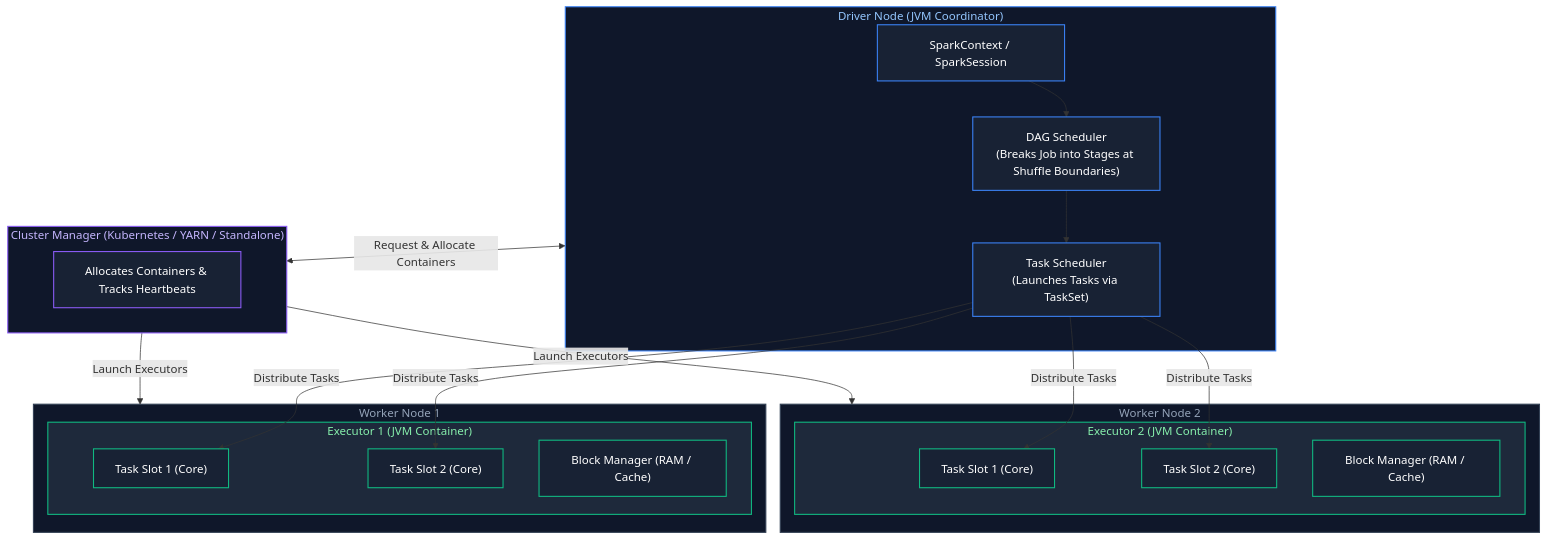
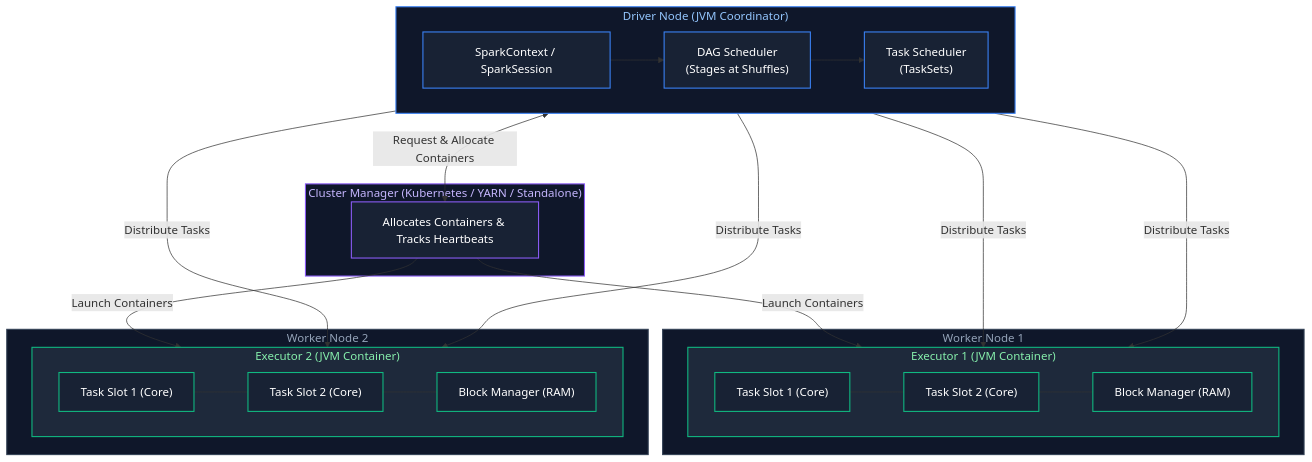
Before and after one commit to joydeep-biswas/Interview-Preparation: the first of 7 diagrams in Data Engineering/frequently_asked_questions/05_apache_spark_and_pyspark.md, drawn with Mermaid. The commit also changed other lines of this file and 76 other files, not shown here.

Commit message:
Updated Charts

````diff
--- a/Data Engineering/frequently_asked_questions/05_apache_spark_and_pyspark.md
+++ b/Data Engineering/frequently_asked_questions/05_apache_spark_and_pyspark.md
@@ -63,51 +63,47 @@
 ```mermaid
 flowchart TD
     subgraph DriverNode ["Driver Node (JVM Coordinator)"]
-        SparkContext["SparkContext / SparkSession"]
-        DAGSched["DAG Scheduler<br/>(Breaks Job into Stages at Shuffle Boundaries)"]
-        TaskSched["Task Scheduler<br/>(Launches Tasks via TaskSet)"]
-        SparkContext --> DAGSched --> TaskSched
+        direction LR
+        SparkContext["SparkContext / SparkSession"] --> DAGSched["DAG Scheduler<br/>(Stages at Shuffles)"] --> TaskSched["Task Scheduler<br/>(TaskSets)"]
     end
 
     subgraph ClusterMgr ["Cluster Manager (Kubernetes / YARN / Standalone)"]
         CM["Allocates Containers & Tracks Heartbeats"]
     end
 
     subgraph Worker1 ["Worker Node 1"]
         subgraph Exec1 ["Executor 1 (JVM Container)"]
-            Slot1["Task Slot 1 (Core)"]
-            Slot2["Task Slot 2 (Core)"]
-            BlockMgr1["Block Manager (RAM / Cache)"]
+            direction LR
+            Slot1["Task Slot 1 (Core)"] --- Slot2["Task Slot 2 (Core)"] --- BlockMgr1["Block Manager (RAM)"]
         end
     end
 
     subgraph Worker2 ["Worker Node 2"]
         subgraph Exec2 ["Executor 2 (JVM Container)"]
-            Slot3["Task Slot 1 (Core)"]
-            Slot4["Task Slot 2 (Core)"]
-            BlockMgr2["Block Manager (RAM / Cache)"]
+            direction LR
+            Slot3["Task Slot 1 (Core)"] --- Slot4["Task Slot 2 (Core)"] --- BlockMgr2["Block Manager (RAM)"]
         end
     end
 
-    DriverNode <-->|Request & Allocate Containers| ClusterMgr
-    ClusterMgr -->|Launch Executors| Worker1 & Worker2
+    SparkContext <-->|Request & Allocate Containers| CM
+    CM -->|Launch Containers| BlockMgr1 & BlockMgr2
     TaskSched -->|Distribute Tasks| Slot1 & Slot2 & Slot3 & Slot4
 
     style DriverNode fill:#0f172a,stroke:#3b82f6,stroke-width:1.5px,color:#93c5fd
     style ClusterMgr fill:#0f172a,stroke:#8b5cf6,stroke-width:1.5px,color:#c4b5fd
     style Worker1 fill:#0f172a,stroke:#334155,stroke-width:1.5px,color:#94a3b8
     style Worker2 fill:#0f172a,stroke:#334155,stroke-width:1.5px,color:#94a3b8
     style Exec1 fill:#1e293b,stroke:#10b981,stroke-width:1.5px,color:#86efac
     style Exec2 fill:#1e293b,stroke:#10b981,stroke-width:1.5px,color:#86efac
 
     style SparkContext fill:#182234,stroke:#3b82f6,stroke-width:1.5px,color:#fff
     style DAGSched fill:#182234,stroke:#3b82f6,stroke-width:1.5px,color:#fff
     style TaskSched fill:#182234,stroke:#3b82f6,stroke-width:1.5px,color:#fff
     style CM fill:#182234,stroke:#8b5cf6,stroke-width:1.5px,color:#fff
     style Slot1 fill:#182234,stroke:#10b981,stroke-width:1.5px,color:#fff
     style Slot2 fill:#182234,stroke:#10b981,stroke-width:1.5px,color:#fff
     style BlockMgr1 fill:#182234,stroke:#10b981,stroke-width:1.5px,color:#fff
     style Slot3 fill:#182234,stroke:#10b981,stroke-width:1.5px,color:#fff
     style Slot4 fill:#182234,stroke:#10b981,stroke-width:1.5px,color:#fff
     style BlockMgr2 fill:#182234,stroke:#10b981,stroke-width:1.5px,color:#fff
 ```
````
